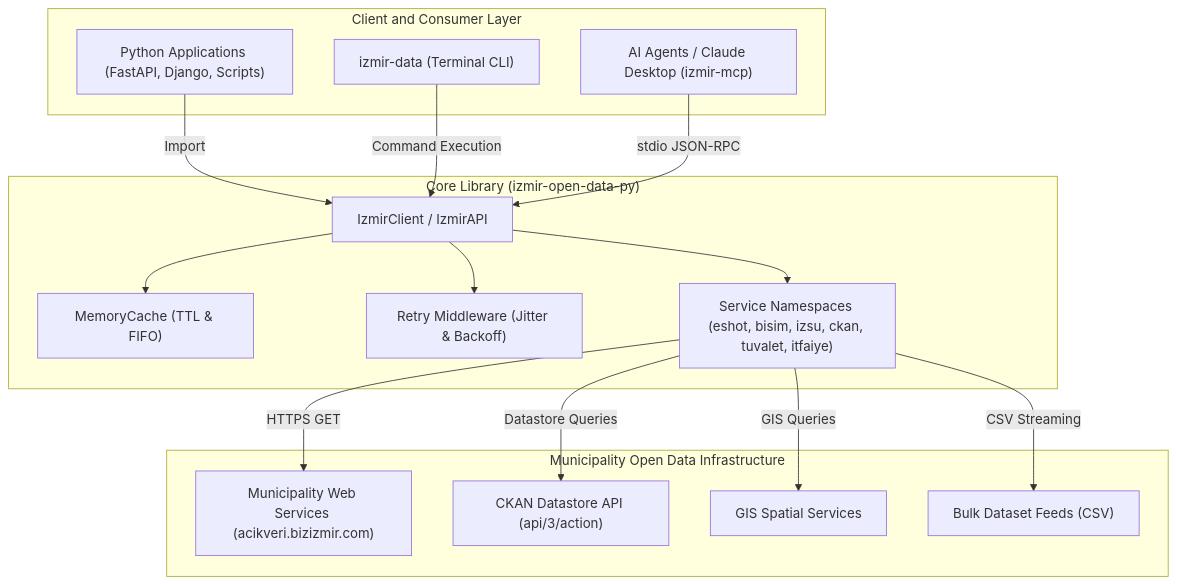
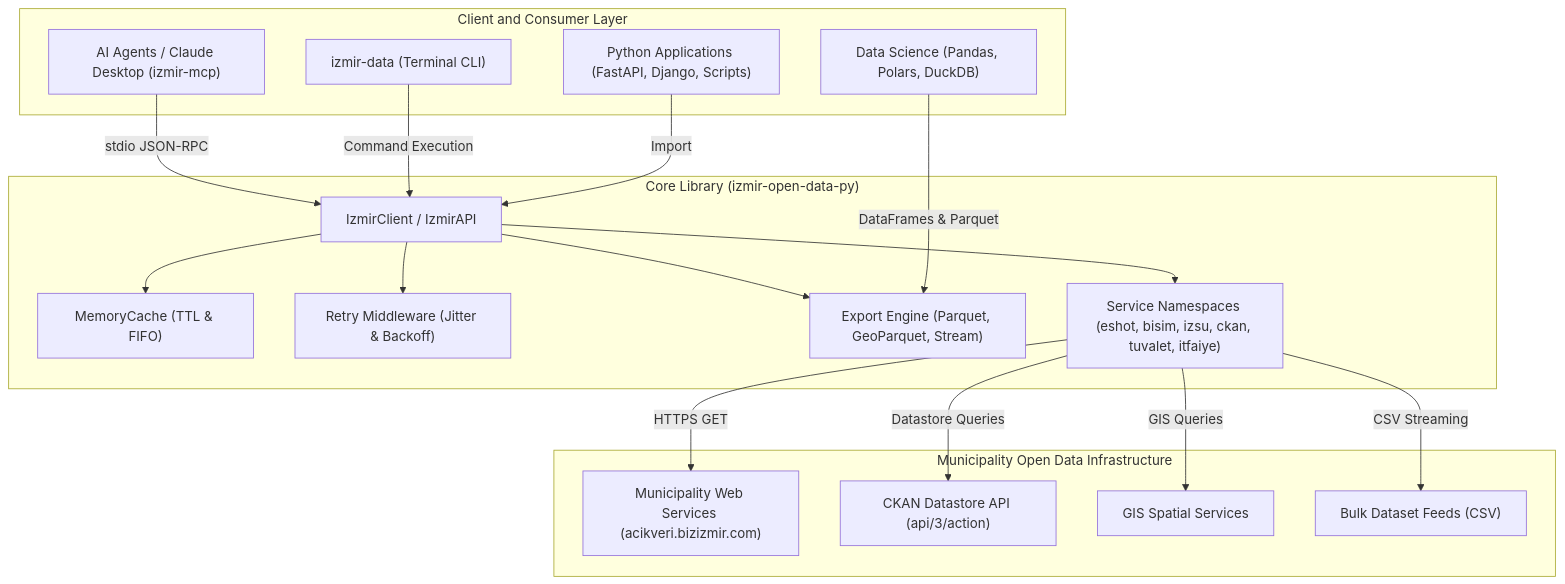
Before and after one commit to AtaCanYmc/izmir-open-data-py: the diagram in README.en.md, drawn with Mermaid. The commit also changed other lines of this file and 22 other files, not shown here.

Commit message:
feat: implement v0.3.0 data science tools, streams, parquet, fixtures, and release-please

````diff
--- a/README.en.md
+++ b/README.en.md
@@ -39,33 +41,37 @@
 ```mermaid
 flowchart TD
     subgraph Consumers["Client and Consumer Layer"]
         Apps["Python Applications (FastAPI, Django, Scripts)"]
+        DataScience["Data Science (Pandas, Polars, DuckDB)"]
         CLI["izmir-data (Terminal CLI)"]
         LLM["AI Agents / Claude Desktop (izmir-mcp)"]
     end
 
     subgraph Core["Core Library (izmir-open-data-py)"]
         API["IzmirClient / IzmirAPI"]
         Cache["MemoryCache (TTL & FIFO)"]
         Retry["Retry Middleware (Jitter & Backoff)"]
+        DataExport["Export Engine (Parquet, GeoParquet, Stream)"]
         Modules["Service Namespaces (eshot, bisim, izsu, ckan, tuvalet, itfaiye)"]
     end
 
     subgraph Upstream["Municipality Open Data Infrastructure"]
         OpenAPI["Municipality Web Services (acikveri.bizizmir.com)"]
         CKAN["CKAN Datastore API (api/3/action)"]
         CBS["GIS Spatial Services"]
         CSV["Bulk Dataset Feeds (CSV)"]
     end
 
     Apps -->|"Import"| API
+    DataScience -->|"DataFrames & Parquet"| DataExport
     CLI -->|"Command Execution"| API
     LLM -->|"stdio JSON-RPC"| API
     API --> Cache
     API --> Retry
+    API --> DataExport
     API --> Modules
     Modules -->|"HTTPS GET"| OpenAPI
     Modules -->|"Datastore Queries"| CKAN
     Modules -->|"GIS Queries"| CBS
     Modules -->|"CSV Streaming"| CSV
 ```
````
